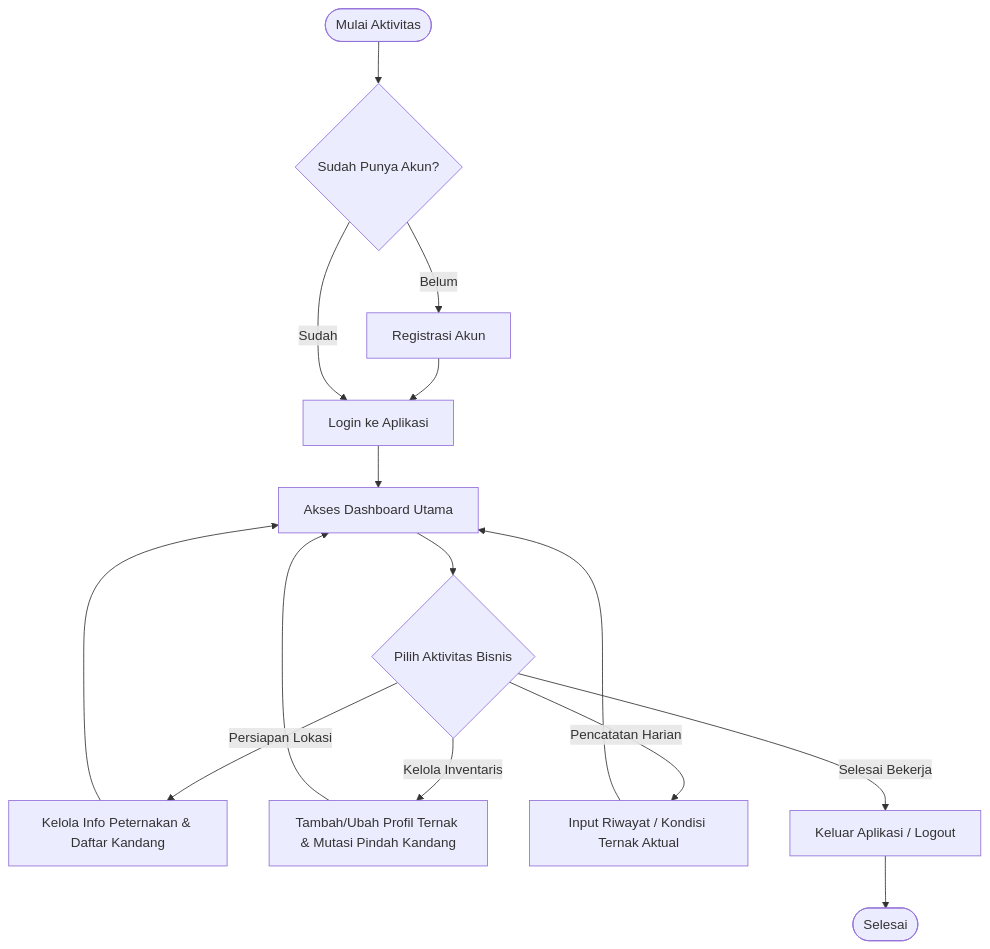
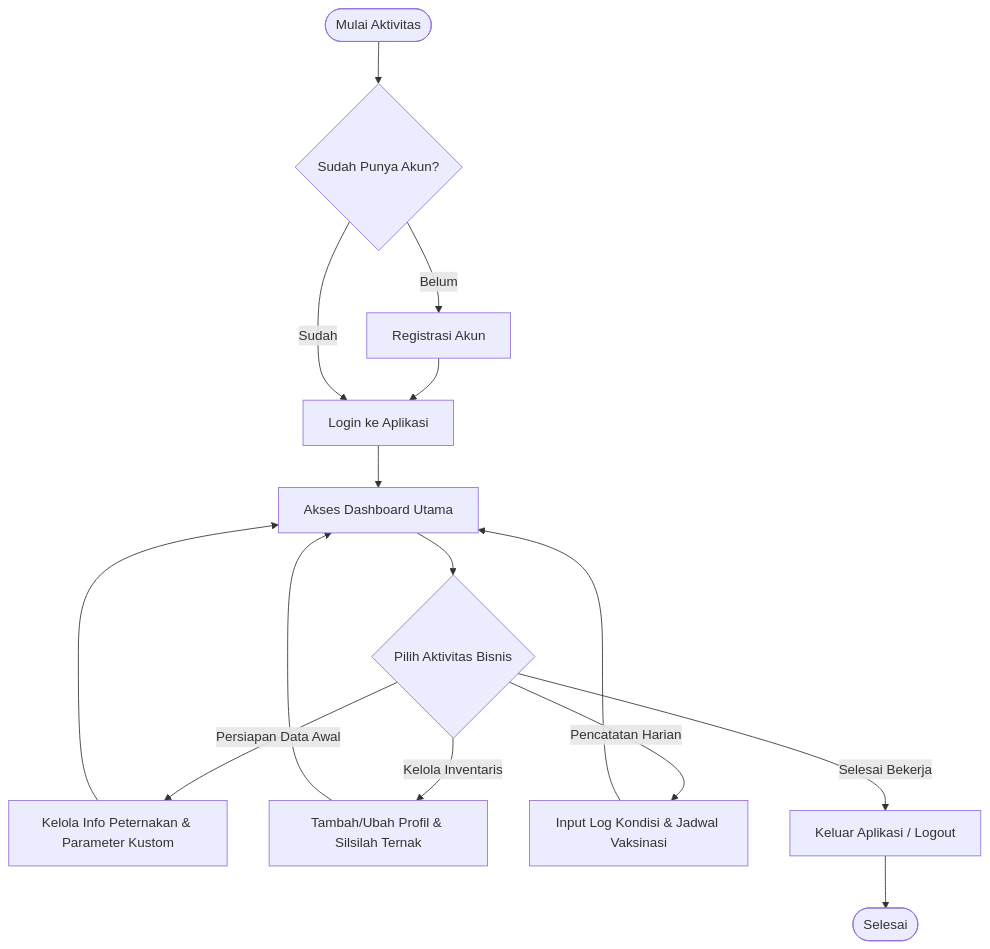
Before and after one commit to ahmadsubhand/TernakKu-IPB: the second of 2 diagrams in backend/README.md, drawn with Mermaid. The commit also changed other lines of this file and 3 other files, not shown here.

Commit message:
feat(docs): update readme and erd for simplify application requirements

````diff
--- a/backend/README.md
+++ b/backend/README.md
@@ -95,30 +96,30 @@
 ```mermaid
 flowchart TD
     Start([Mulai Aktivitas]) --> CekAkun{Sudah Punya Akun?}
     
     CekAkun -- Belum --> Registrasi[Registrasi Akun]
     Registrasi --> Login
     CekAkun -- Sudah --> Login[Login ke Aplikasi]
     
     Login --> Dashboard[Akses Dashboard Utama]
     
     Dashboard --> Pilihan{Pilih Aktivitas Bisnis}
     
-    %% Cabang 1: Pengaturan Tempat
-    Pilihan -->|Persiapan Lokasi| Master[Kelola Info Peternakan & Daftar Kandang]
+    %% Cabang 1: Pengaturan Profil & Parameter
+    Pilihan -->|Persiapan Data Awal| Master[Kelola Info Peternakan & Parameter Kustom]
     
-    %% Cabang 2: Manajemen Inventaris & Mutasi
-    Pilihan -->|Kelola Inventaris| Ternak[Tambah/Ubah Profil Ternak & Mutasi Pindah Kandang]
+    %% Cabang 2: Manajemen Inventaris
+    Pilihan -->|Kelola Inventaris| Ternak[Tambah/Ubah Profil & Silsilah Ternak]
     
     %% Cabang 3: Operasional Harian
-    Pilihan -->|Pencatatan Harian| Riwayat[Input Riwayat / Kondisi Ternak Aktual]
+    Pilihan -->|Pencatatan Harian| Riwayat[Input Log Kondisi & Jadwal Vaksinasi]
     
     %% Kembali ke pusat aktivitas
     Master --> Dashboard
     Ternak --> Dashboard
     Riwayat --> Dashboard
     
     %% Selesai
     Pilihan -->|Selesai Bekerja| Logout[Keluar Aplikasi / Logout]
     Logout --> Finish([Selesai])
 ```
````
